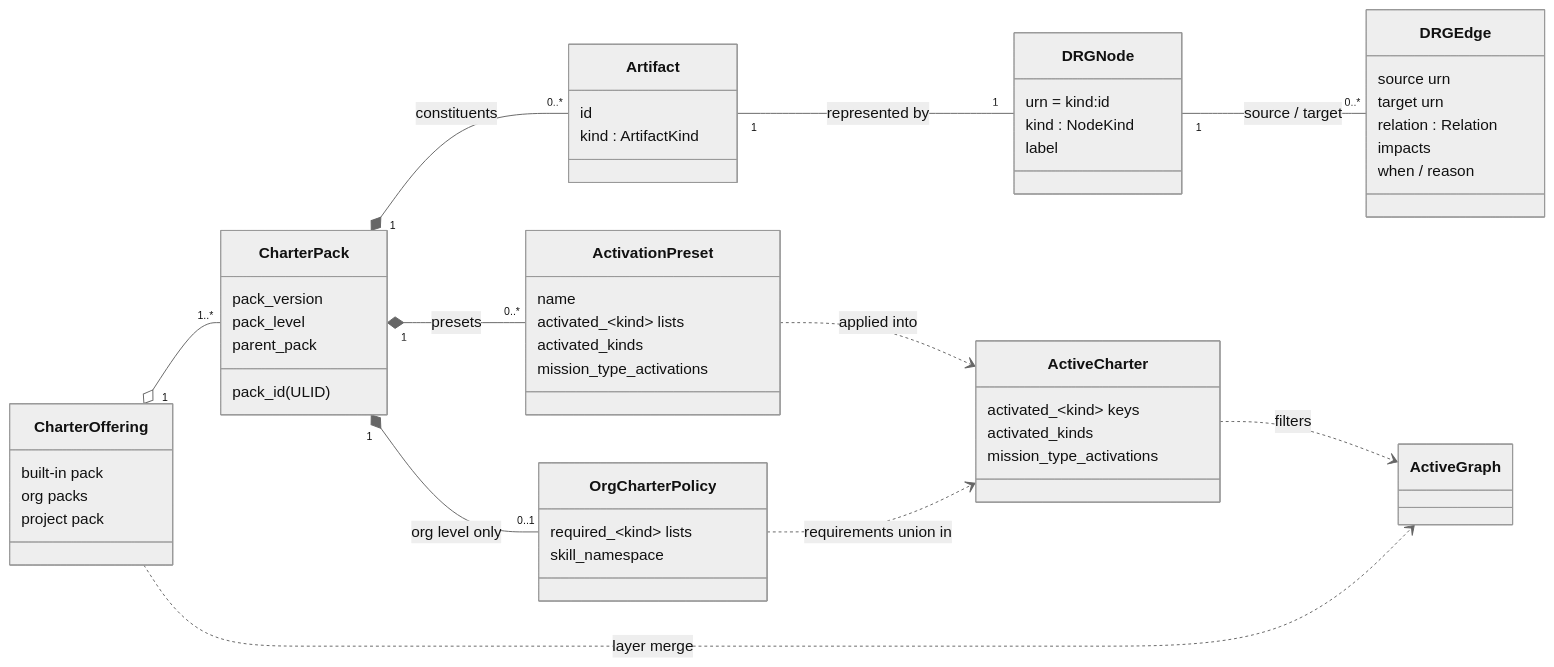
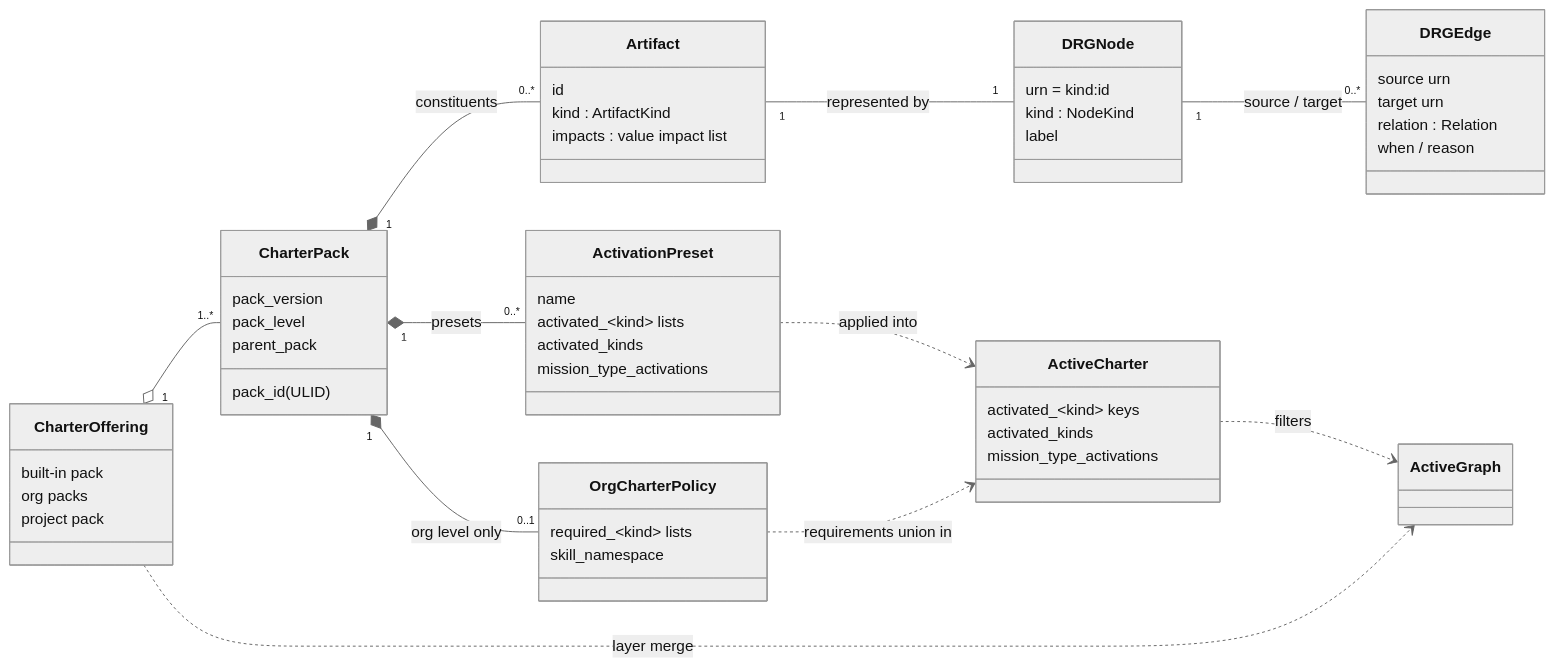
The diagram in docs/architecture/logical-model.md (spec-kitty/spec-kitty-charter), drawn with Mermaid (neutral theme) before and after one commit. The commit also changed other lines of this file and 8 other files, not shown here.

First line of the commit message:
docs(architecture): logical model as the concept-to-representation translation

````diff
--- a/docs/architecture/logical-model.md
+++ b/docs/architecture/logical-model.md
@@ -34,57 +50,57 @@
 ```mermaid
 classDiagram
   direction LR
   class CharterOffering {
     built-in pack
     org packs
     project pack
   }
   class CharterPack {
     pack_id (ULID)
     pack_version
     pack_level
     parent_pack
   }
   class ActivationPreset {
     name
     activated_~kind~ lists
     activated_kinds
     mission_type_activations
   }
   class OrgCharterPolicy {
     required_~kind~ lists
     skill_namespace
   }
   class Artifact {
     id
     kind : ArtifactKind
+    impacts : value impact list
   }
   class DRGNode {
     urn = kind:id
     kind : NodeKind
     label
   }
   class DRGEdge {
     source urn
     target urn
     relation : Relation
-    impacts
     when / reason
   }
   class ActiveCharter {
     activated_~kind~ keys
     activated_kinds
     mission_type_activations
   }
   class ActiveGraph
   CharterOffering "1" o-- "1..*" CharterPack
   CharterPack "1" *-- "0..*" Artifact : constituents
   CharterPack "1" *-- "0..*" ActivationPreset : presets
   CharterPack "1" *-- "0..1" OrgCharterPolicy : org level only
   Artifact "1" -- "1" DRGNode : represented by
   DRGNode "1" -- "0..*" DRGEdge : source / target
   ActivationPreset ..> ActiveCharter : applied into
   OrgCharterPolicy ..> ActiveCharter : requirements union in
   CharterOffering ..> ActiveGraph : layer merge
   ActiveCharter ..> ActiveGraph : filters
 ```
````
